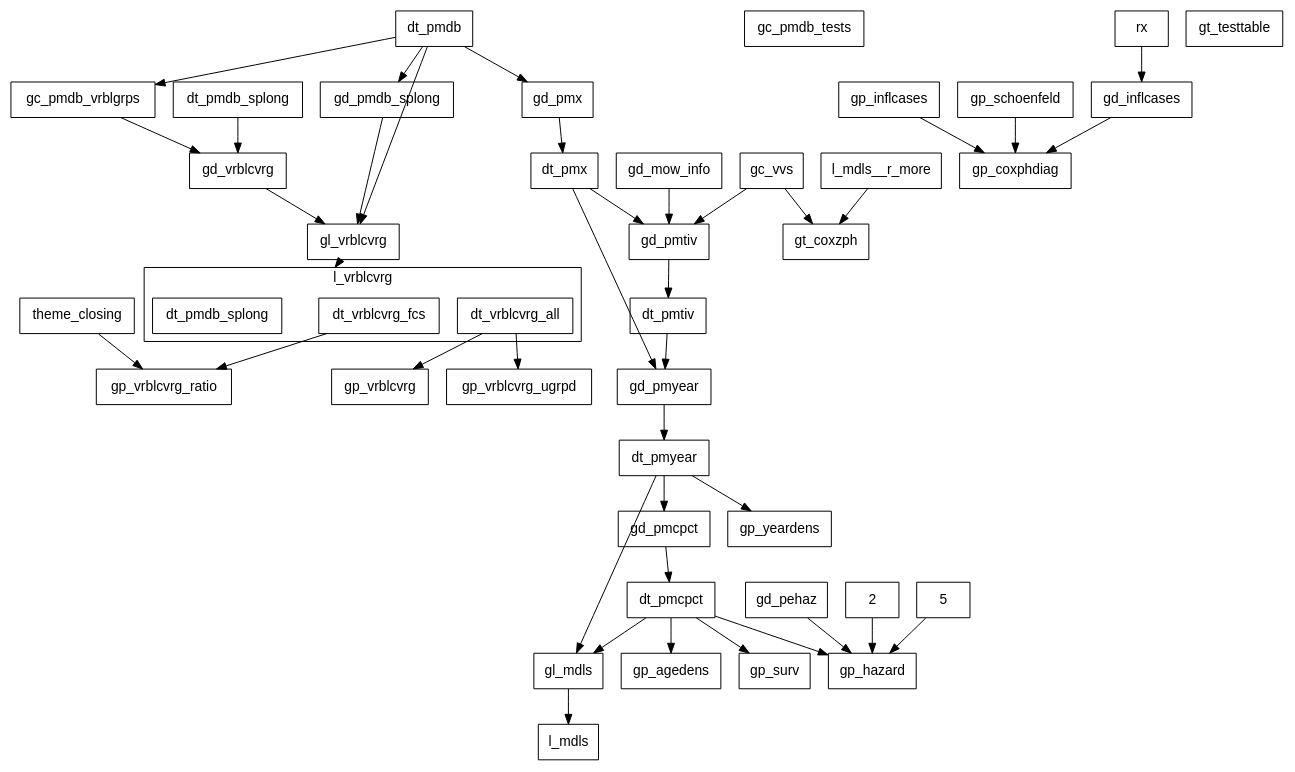
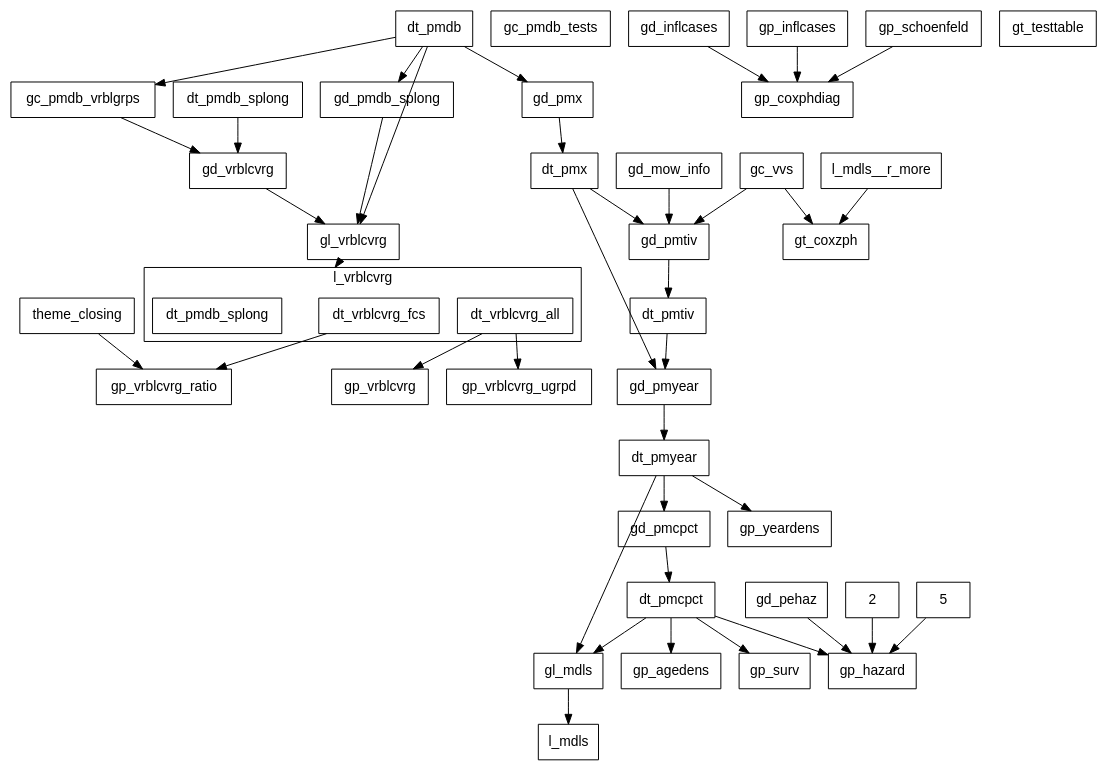
One commit to swhalemwo/pm_closing changed the diagram in misc/callgraph2.dot. Above: the diagram before and after it, drawn with Graphviz. The commit also changed 1 other file, not shown here.

```diff
--- a/misc/callgraph2.dot
+++ b/misc/callgraph2.dot
@@ -1,90 +1,88 @@
 digraph D {
  compound = true;
  splines = false; fontname=helvetica;
  node [shape=box, fontsize = 14, fontname=helvetica];
  edge [style = solid];
  
  subgraph cluster_l_vrblcvrg {
  label = "l_vrblcvrg";
  l_vrblcvrg__dt_vrblcvrg_all [label=dt_vrblcvrg_all]; 
 l_vrblcvrg__dt_vrblcvrg_fcs [label=dt_vrblcvrg_fcs]; 
 l_vrblcvrg [label = "", color=transparent, width=0, height=0]; 
 l_vrblcvrg__dt_pmdb_splong [label=dt_pmdb_splong] 
 } 
  gc_pmdb_tests; 
 gc_pmdb_vrblgrps; 
 gc_vvs; 
 gd_inflcases; 
 gd_mow_info; 
 gd_pehaz; 
 gd_pmcpct; 
 gd_pmdb_splong; 
 gd_pmtiv; 
 gd_pmx; 
 gd_pmyear; 
 gd_vrblcvrg; 
 gl_mdls; 
 gl_vrblcvrg; 
 gp_agedens; 
 gp_coxphdiag; 
 gp_hazard; 
 gp_inflcases; 
 gp_schoenfeld; 
 gp_surv; 
 gp_vrblcvrg; 
 gp_vrblcvrg_ratio; 
 gp_vrblcvrg_ugrpd; 
 gp_yeardens; 
 gt_coxzph; 
 gt_testtable; 
 theme_closing; 
 dt_pmdb; 
 dt_pmdb_splong; 
 dt_pmx; 
 dt_pmtiv; 
 dt_pmyear; 
 dt_pmcpct; 
 2; 
 5; 
 l_mdls__r_more; 
-rx; 
 l_mdls 
  2 -> gp_hazard; 
 5 -> gp_hazard; 
 dt_pmcpct -> gl_mdls; 
 dt_pmcpct -> gp_agedens; 
 dt_pmcpct -> gp_hazard; 
 dt_pmcpct -> gp_surv; 
 dt_pmdb -> gc_pmdb_vrblgrps; 
 dt_pmdb -> gd_pmdb_splong; 
 dt_pmdb -> gd_pmx; 
 dt_pmdb -> gl_vrblcvrg; 
 dt_pmdb_splong -> gd_vrblcvrg; 
 dt_pmtiv -> gd_pmyear; 
 dt_pmx -> gd_pmtiv; 
 dt_pmx -> gd_pmyear; 
 dt_pmyear -> gd_pmcpct; 
 dt_pmyear -> gl_mdls; 
 dt_pmyear -> gp_yeardens; 
 gc_pmdb_vrblgrps -> gd_vrblcvrg; 
 gc_vvs -> gd_pmtiv; 
 gc_vvs -> gt_coxzph; 
 gd_inflcases -> gp_coxphdiag; 
 gd_mow_info -> gd_pmtiv; 
 gd_pehaz -> gp_hazard; 
 gd_pmcpct -> dt_pmcpct; 
 gd_pmdb_splong -> gl_vrblcvrg; 
 gd_pmtiv -> dt_pmtiv; 
 gd_pmx -> dt_pmx; 
 gd_pmyear -> dt_pmyear; 
 gd_vrblcvrg -> gl_vrblcvrg; 
 gl_mdls -> l_mdls; 
 gl_vrblcvrg -> l_vrblcvrg[lhead=cluster_l_vrblcvrg,ltail=gl_vrblcvrg]; 
 gp_inflcases -> gp_coxphdiag; 
 gp_schoenfeld -> gp_coxphdiag; 
 l_mdls__r_more -> gt_coxzph; 
 l_vrblcvrg__dt_vrblcvrg_all -> gp_vrblcvrg; 
 l_vrblcvrg__dt_vrblcvrg_all -> gp_vrblcvrg_ugrpd; 
 l_vrblcvrg__dt_vrblcvrg_fcs -> gp_vrblcvrg_ratio; 
-rx -> gd_inflcases; 
 theme_closing -> gp_vrblcvrg_ratio }
```
